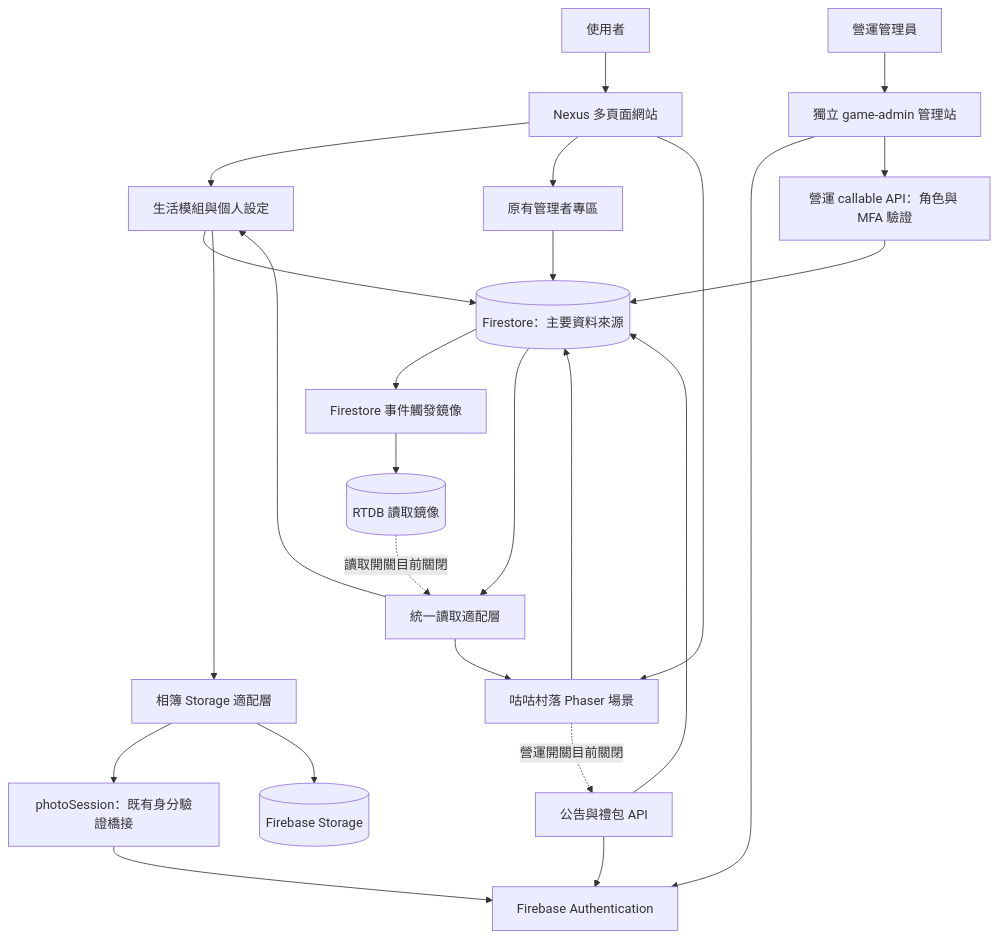
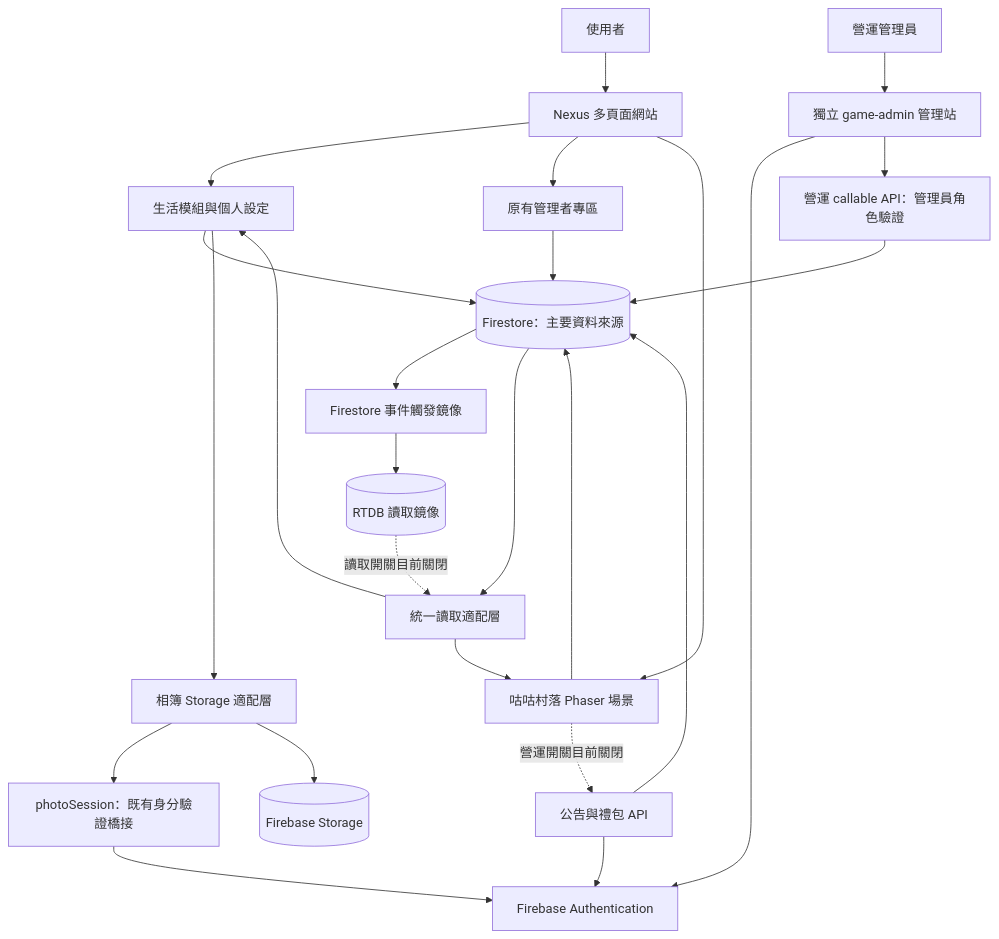
The first of 3 diagrams in docs/system-specification-and-architecture.md (duncanyen/kids-checkin), drawn with Mermaid before and after one commit. The commit also changed other lines of this file and 11 other files, not shown here.

Commit message:
Make game admin MFA optional while retaining admin authorization

````diff
--- a/docs/system-specification-and-architecture.md
+++ b/docs/system-specification-and-architecture.md
@@ -83,27 +83,27 @@
 ```mermaid
 flowchart TB
     Person[使用者] --> Web[Nexus 多頁面網站]
     Web --> Life[生活模組與個人設定]
     Web --> LegacyAdmin[原有管理者專區]
     Web --> Game[咕咕村落 Phaser 場景]
     Life --> FS[(Firestore：主要資料來源)]
     LegacyAdmin --> FS
     Game --> FS
     Life --> Images[相簿 Storage 適配層]
     Images --> Bridge[photoSession：既有身分驗證橋接]
     Bridge --> Auth[Firebase Authentication]
     Images --> Storage[(Firebase Storage)]
     FS --> Mirror[Firestore 事件觸發鏡像]
     Mirror --> RTDB[(RTDB 讀取鏡像)]
     RTDB -. 讀取開關目前關閉 .-> ReadLayer[統一讀取適配層]
     FS --> ReadLayer
     ReadLayer --> Game
     ReadLayer --> Life
     Operator[營運管理員] --> AdminSite[獨立 game-admin 管理站]
     AdminSite --> Auth
-    AdminSite --> Ops[營運 callable API：角色與 MFA 驗證]
+    AdminSite --> Ops[營運 callable API：管理員角色驗證]
     Ops --> FS
     Game -. 營運開關目前關閉 .-> PlayerAPI[公告與禮包 API]
     PlayerAPI --> Auth
     PlayerAPI --> FS
 ```
````
